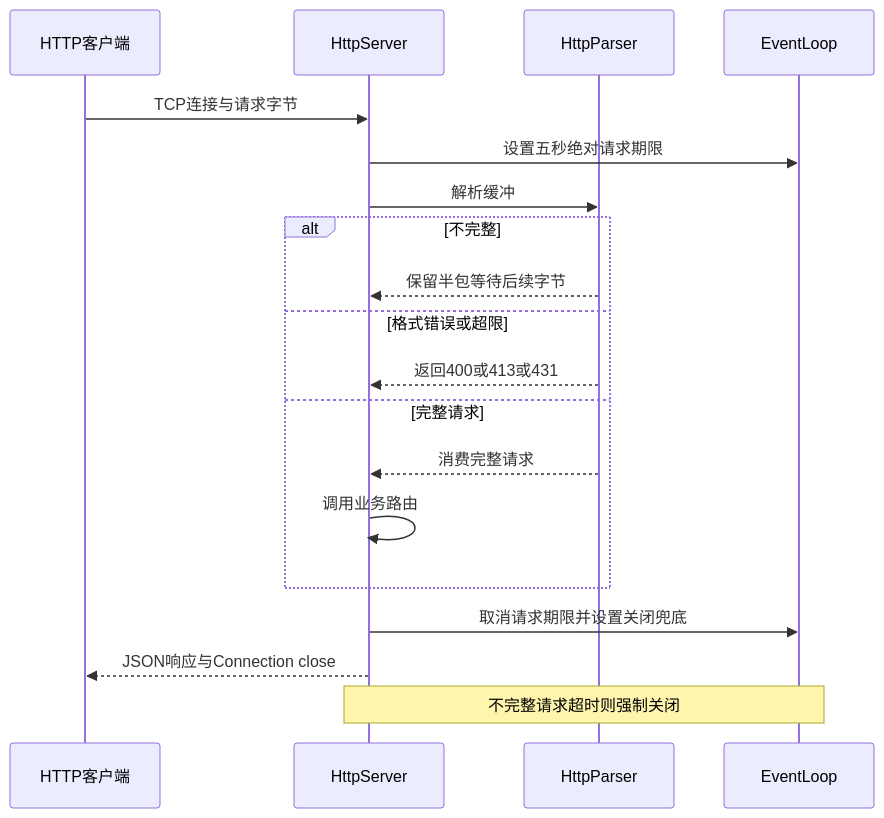
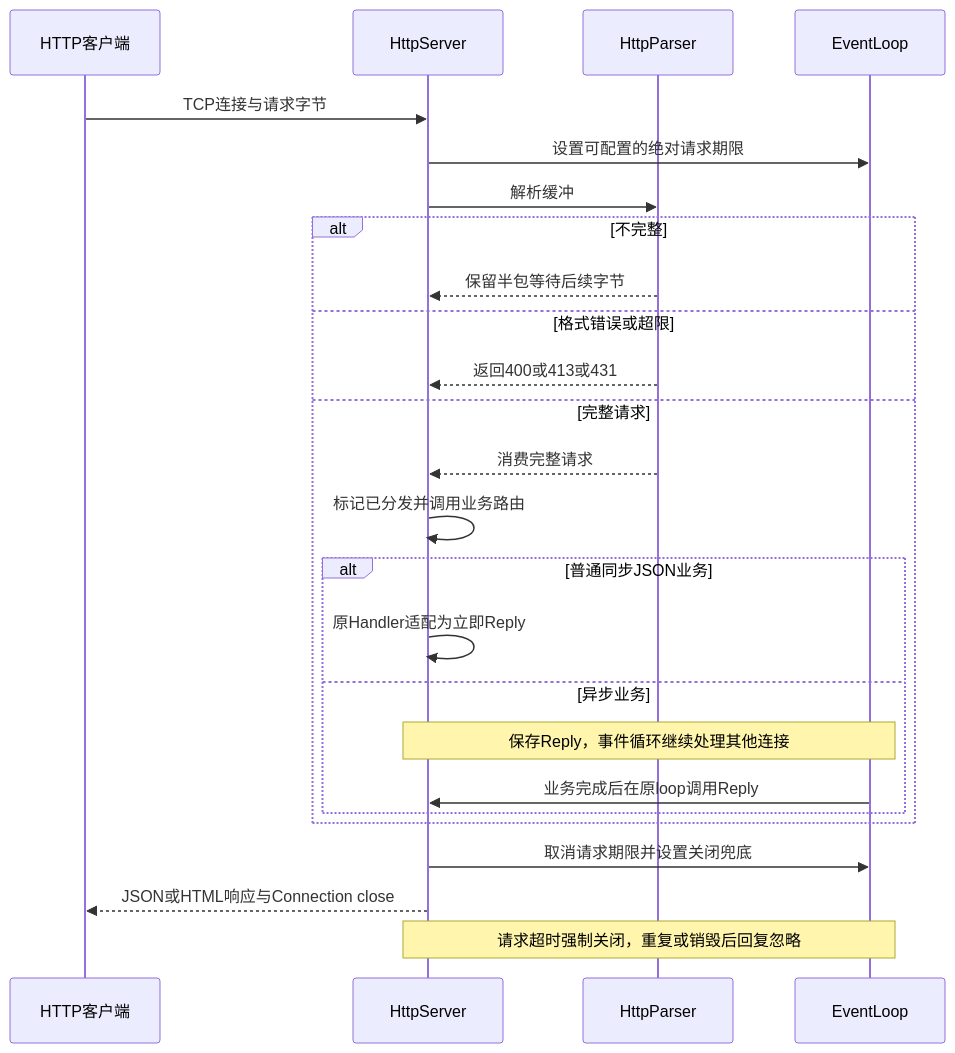
Before and after one commit to kingsman-svg/OBS: the diagram in docs/uml/http-server.mmd, drawn with Mermaid. The commit also changed 33 other files, not shown here.

```diff
--- a/docs/uml/http-server.mmd
+++ b/docs/uml/http-server.mmd
@@ -1,19 +1,25 @@
 sequenceDiagram
 participant C as HTTP客户端
 participant H as HttpServer
 participant P as HttpParser
 participant L as EventLoop
 C->>H: TCP连接与请求字节
-H->>L: 设置五秒绝对请求期限
+H->>L: 设置可配置的绝对请求期限
 H->>P: 解析缓冲
 alt 不完整
 P-->>H: 保留半包等待后续字节
 else 格式错误或超限
 P-->>H: 返回400或413或431
 else 完整请求
 P-->>H: 消费完整请求
-H->>H: 调用业务路由
+H->>H: 标记已分发并调用业务路由
+alt 普通同步JSON业务
+H->>H: 原Handler适配为立即Reply
+else 异步业务
+Note over H,L: 保存Reply，事件循环继续处理其他连接
+L->>H: 业务完成后在原loop调用Reply
+end
 end
 H->>L: 取消请求期限并设置关闭兜底
-H-->>C: JSON响应与Connection close
-Note over H,L: 不完整请求超时则强制关闭
+H-->>C: JSON或HTML响应与Connection close
+Note over H,L: 请求超时强制关闭，重复或销毁后回复忽略
```
